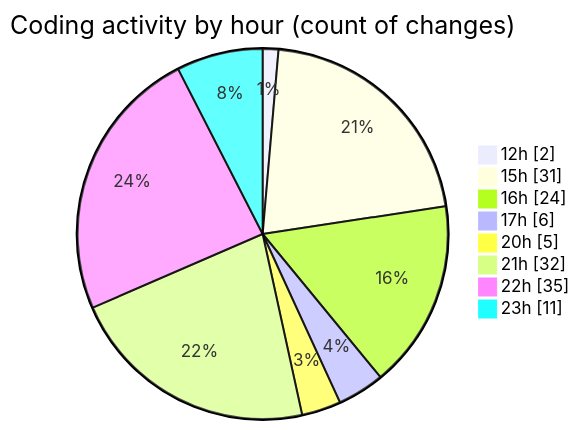
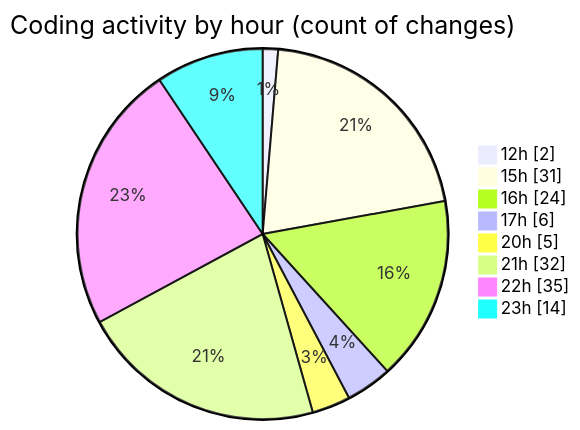
Before and after one commit to momahboobian/code-tracking: the second of 2 diagrams in 2025-02-26/cda/README.md, drawn with Mermaid. The commit also changed other lines of this file and 1 other file, not shown here.

````diff
--- a/2025-02-26/cda/README.md
+++ b/2025-02-26/cda/README.md
@@ -48,12 +48,12 @@
 ```mermaid
 pie showData
 title Coding activity by hour (count of changes)
 "12h" : 2
 "15h" : 31
 "16h" : 24
 "17h" : 6
 "20h" : 5
 "21h" : 32
 "22h" : 35
-"23h" : 11
+"23h" : 14
 ```
````
